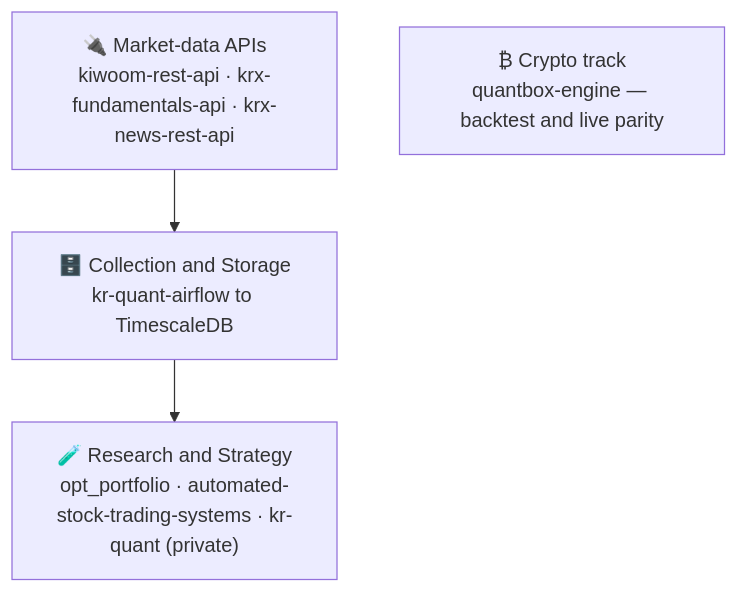
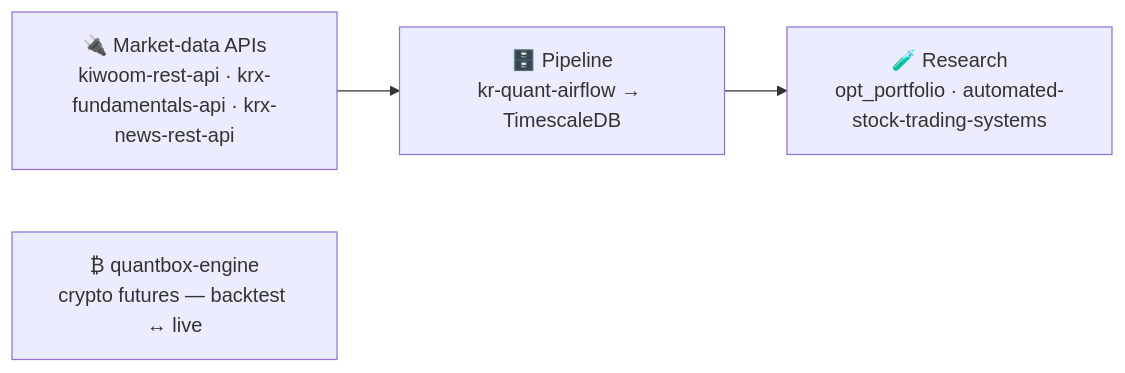
Before and after one commit to younghwan91/younghwan91: the diagram in README.md, drawn with Mermaid. The commit also changed other lines of this file and 1 other file, not shown here.

````diff
--- a/README.md
+++ b/README.md
@@ -30,9 +28,5 @@
 ```mermaid
-flowchart TB
-    A["🔌 Market-data APIs<br/>kiwoom-rest-api · krx-fundamentals-api · krx-news-rest-api"]
-    B["🗄️ Collection and Storage<br/>kr-quant-airflow to TimescaleDB"]
-    C["🧪 Research and Strategy<br/>opt_portfolio · automated-stock-trading-systems · kr-quant (private)"]
-    D["₿ Crypto track<br/>quantbox-engine — backtest and live parity"]
-
-    A --> B --> C
+flowchart LR
+    A["🔌 Market-data APIs<br/>kiwoom-rest-api · krx-fundamentals-api · krx-news-rest-api"] --> B["🗄️ Pipeline<br/>kr-quant-airflow → TimescaleDB"] --> C["🧪 Research<br/>opt_portfolio · automated-stock-trading-systems"]
+    D["₿ quantbox-engine<br/>crypto futures — backtest ↔ live"]
 ```
````
